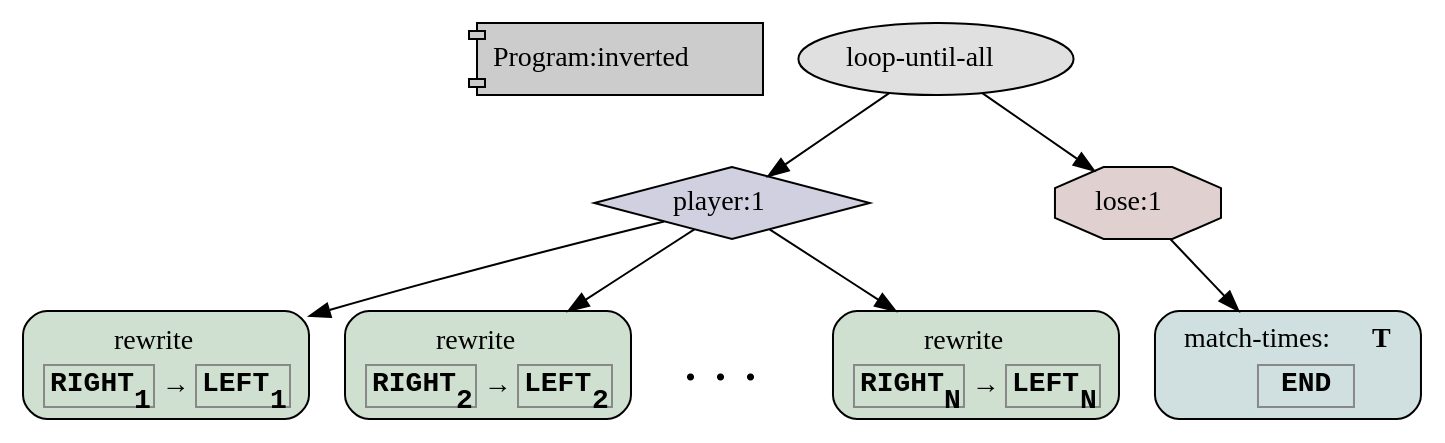
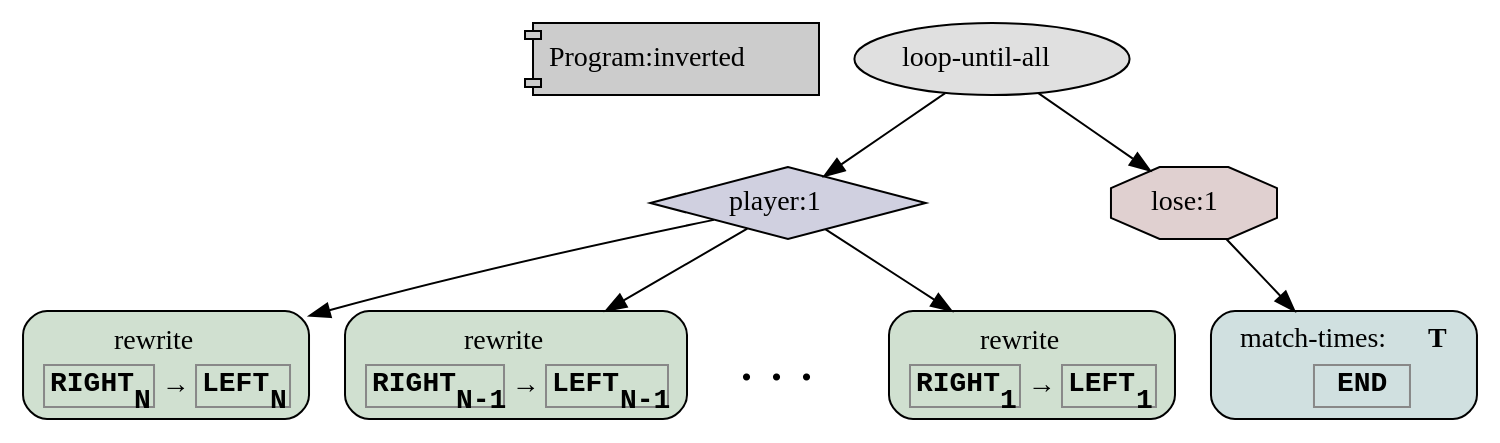
Before and after one commit to crowdgames/trrbt: the diagram in inversion_tools/figure/program/generic-inverted.gv, drawn with Graphviz. The commit also changed 37 other files, not shown here.

```diff
--- a/inversion_tools/figure/program/generic-inverted.gv
+++ b/inversion_tools/figure/program/generic-inverted.gv
@@ -1,23 +1,23 @@
 digraph G {
   graph [ordering="out", margin="0"];
   _NAME [shape="component", label=<Program:inverted>, style="filled", fillcolor="#cccccc"];
   1000000 [shape="oval", fillcolor="#e0e0e0", style="filled", label=<loop-until-all>];
 
   1000001 [shape="diamond", fillcolor="#d0d0e0", style="filled", label=<player:1>];
-  1000002 [shape="box", fillcolor="#d0e0d0", style="filled,rounded", label=<<TABLE BORDER="0"><TR><TD COLSPAN="3">rewrite</TD></TR><TR><TD BORDER="1" COLOR="#888888"><FONT FACE="Courier New"><B>RIGHT<SUB>1</SUB></B></FONT></TD><TD>→</TD><TD BORDER="1" COLOR="#888888"><FONT FACE="Courier New"><B>LEFT<SUB>1</SUB></B></FONT></TD></TR></TABLE>>];
-  1000003 [shape="box", fillcolor="#d0e0d0", style="filled,rounded", label=<<TABLE BORDER="0"><TR><TD COLSPAN="3">rewrite</TD></TR><TR><TD BORDER="1" COLOR="#888888"><FONT FACE="Courier New"><B>RIGHT<SUB>2</SUB></B></FONT></TD><TD>→</TD><TD BORDER="1" COLOR="#888888"><FONT FACE="Courier New"><B>LEFT<SUB>2</SUB></B></FONT></TD></TR></TABLE>>];
+  1000002 [shape="box", fillcolor="#d0e0d0", style="filled,rounded", label=<<TABLE BORDER="0"><TR><TD COLSPAN="3">rewrite</TD></TR><TR><TD BORDER="1" COLOR="#888888"><FONT FACE="Courier New"><B>RIGHT<SUB>N</SUB></B></FONT></TD><TD>→</TD><TD BORDER="1" COLOR="#888888"><FONT FACE="Courier New"><B>LEFT<SUB>N</SUB></B></FONT></TD></TR></TABLE>>];
+  1000003 [shape="box", fillcolor="#d0e0d0", style="filled,rounded", label=<<TABLE BORDER="0"><TR><TD COLSPAN="3">rewrite</TD></TR><TR><TD BORDER="1" COLOR="#888888"><FONT FACE="Courier New"><B>RIGHT<SUB>N-1</SUB></B></FONT></TD><TD>→</TD><TD BORDER="1" COLOR="#888888"><FONT FACE="Courier New"><B>LEFT<SUB>N-1</SUB></B></FONT></TD></TR></TABLE>>];
   1000004 [shape="box", label=<. . .>, fontsize="30pt", shape=plaintext];
-  1000005 [shape="box", fillcolor="#d0e0d0", style="filled,rounded", label=<<TABLE BORDER="0"><TR><TD COLSPAN="3">rewrite</TD></TR><TR><TD BORDER="1" COLOR="#888888"><FONT FACE="Courier New"><B>RIGHT<SUB>N</SUB></B></FONT></TD><TD>→</TD><TD BORDER="1" COLOR="#888888"><FONT FACE="Courier New"><B>LEFT<SUB>N</SUB></B></FONT></TD></TR></TABLE>>];
+  1000005 [shape="box", fillcolor="#d0e0d0", style="filled,rounded", label=<<TABLE BORDER="0"><TR><TD COLSPAN="3">rewrite</TD></TR><TR><TD BORDER="1" COLOR="#888888"><FONT FACE="Courier New"><B>RIGHT<SUB>1</SUB></B></FONT></TD><TD>→</TD><TD BORDER="1" COLOR="#888888"><FONT FACE="Courier New"><B>LEFT<SUB>1</SUB></B></FONT></TD></TR></TABLE>>];
 
   1000018 [shape="octagon", fillcolor="#e0d0d0", style="filled", label=<lose:1>];
   1000019 [shape="box", fillcolor="#d0e0e0", style="filled,rounded", label=<<TABLE BORDER="0"><TR><TD COLSPAN="3">match-times:<B>T</B></TD></TR><TR><TD></TD><TD BORDER="1" COLOR="#888888"><FONT FACE="Courier New"><B>END</B></FONT></TD><TD></TD></TR></TABLE>>];
 
   1000000 -> 1000001;
   1000001 -> 1000002;
   1000001 -> 1000003;
   1000001 -> 1000004 [style="invis"];
   1000001 -> 1000005;
   
   1000000 -> 1000018;
   1000018 -> 1000019;
 }
```
